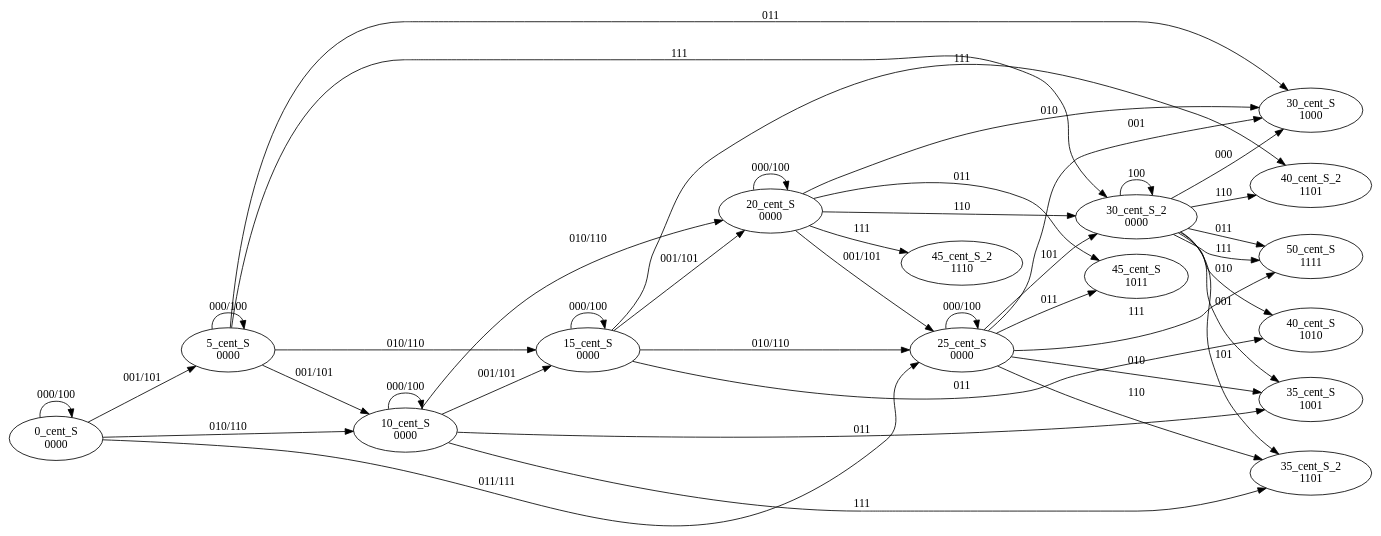
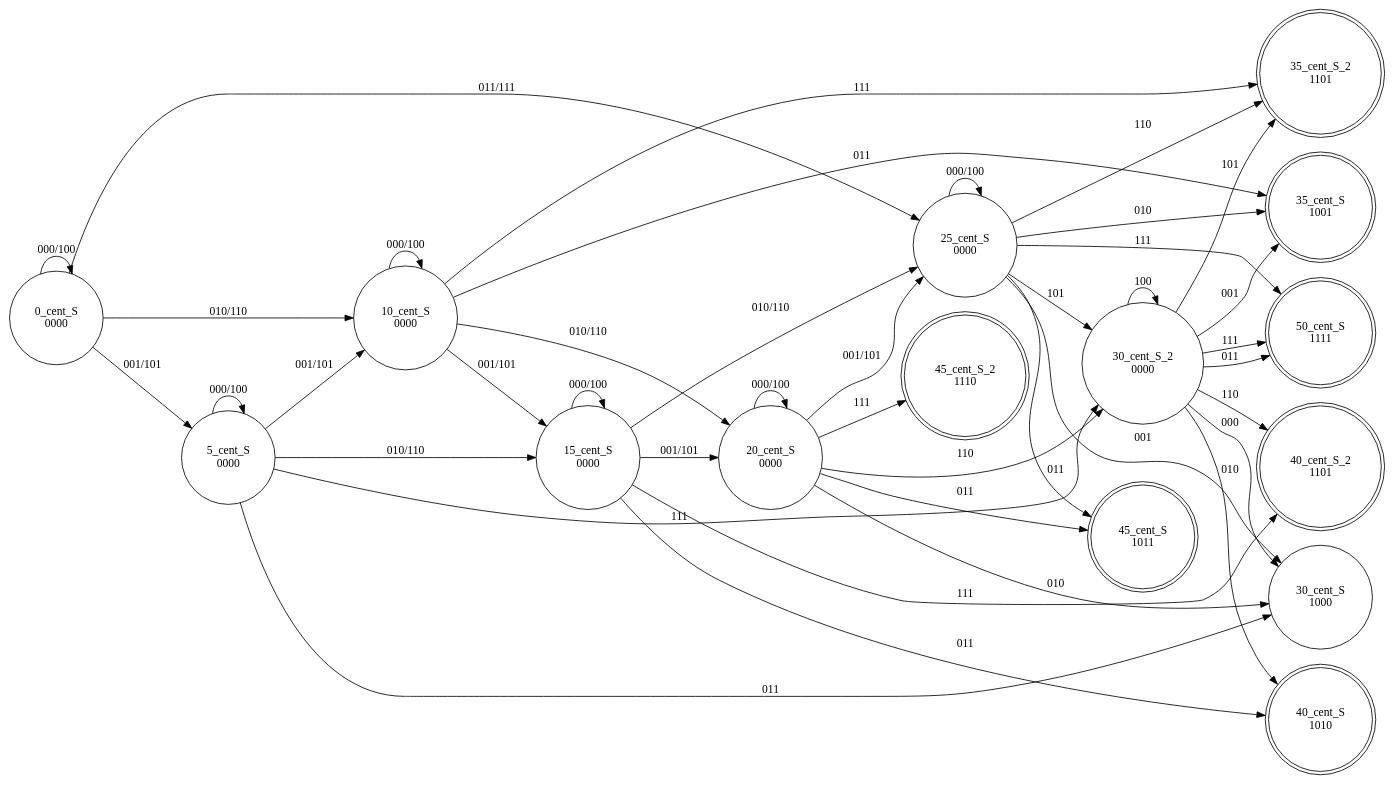
The diagram in out.dot (saqib-ahmed/STG-from-Truth-Table), drawn with Graphviz before and after one commit. The commit also changed 2 other files, not shown here.

Commit message:
Added the circiled shape and double circle for final states.

```diff
--- a/out.dot
+++ b/out.dot
@@ -1,44 +1,46 @@
 digraph g{
 rankdir="LR";
 edge[splines="curved"]
+node [shape = doublecircle]; "35_cent_S_2\n1101" "35_cent_S\n1001" "40_cent_S\n1010" "40_cent_S_2\n1101" "45_cent_S\n1011" "45_cent_S_2\n1110" "50_cent_S\n1111";
+node [shape = circle];
 "0_cent_S\n0000"->"0_cent_S\n0000"[label="000/100"];
 "0_cent_S\n0000"->"5_cent_S\n0000"[label="001/101"];
 "0_cent_S\n0000"->"10_cent_S\n0000"[label="010/110"];
 "0_cent_S\n0000"->"25_cent_S\n0000"[label="011/111"];
 "5_cent_S\n0000"->"5_cent_S\n0000"[label="000/100"];
 "5_cent_S\n0000"->"10_cent_S\n0000"[label="001/101"];
 "5_cent_S\n0000"->"15_cent_S\n0000"[label="010/110"];
 "5_cent_S\n0000"->"30_cent_S\n1000"[label="011"];
 "5_cent_S\n0000"->"30_cent_S_2\n0000"[label="111"];
 "10_cent_S\n0000"->"10_cent_S\n0000"[label="000/100"];
 "10_cent_S\n0000"->"15_cent_S\n0000"[label="001/101"];
 "10_cent_S\n0000"->"20_cent_S\n0000"[label="010/110"];
 "10_cent_S\n0000"->"35_cent_S\n1001"[label="011"];
 "10_cent_S\n0000"->"35_cent_S_2\n1101"[label="111"];
 "15_cent_S\n0000"->"15_cent_S\n0000"[label="000/100"];
 "15_cent_S\n0000"->"20_cent_S\n0000"[label="001/101"];
 "15_cent_S\n0000"->"25_cent_S\n0000"[label="010/110"];
 "15_cent_S\n0000"->"40_cent_S\n1010"[label="011"];
 "15_cent_S\n0000"->"40_cent_S_2\n1101"[label="111"];
 "20_cent_S\n0000"->"20_cent_S\n0000"[label="000/100"];
 "20_cent_S\n0000"->"25_cent_S\n0000"[label="001/101"];
 "20_cent_S\n0000"->"30_cent_S\n1000"[label="010"];
 "20_cent_S\n0000"->"45_cent_S\n1011"[label="011"];
 "20_cent_S\n0000"->"30_cent_S_2\n0000"[label="110"];
 "20_cent_S\n0000"->"45_cent_S_2\n1110"[label="111"];
 "25_cent_S\n0000"->"25_cent_S\n0000"[label="000/100"];
 "25_cent_S\n0000"->"30_cent_S\n1000"[label="001"];
 "25_cent_S\n0000"->"35_cent_S\n1001"[label="010"];
 "25_cent_S\n0000"->"45_cent_S\n1011"[label="011"];
 "25_cent_S\n0000"->"30_cent_S_2\n0000"[label="101"];
 "25_cent_S\n0000"->"35_cent_S_2\n1101"[label="110"];
 "25_cent_S\n0000"->"50_cent_S\n1111"[label="111"];
 "30_cent_S_2\n0000"->"30_cent_S\n1000"[label="000"];
 "30_cent_S_2\n0000"->"35_cent_S\n1001"[label="001"];
 "30_cent_S_2\n0000"->"40_cent_S\n1010"[label="010"];
 "30_cent_S_2\n0000"->"50_cent_S\n1111"[label="011"];
 "30_cent_S_2\n0000"->"30_cent_S_2\n0000"[label="100"];
 "30_cent_S_2\n0000"->"35_cent_S_2\n1101"[label="101"];
 "30_cent_S_2\n0000"->"40_cent_S_2\n1101"[label="110"];
 "30_cent_S_2\n0000"->"50_cent_S\n1111"[label="111"];
 }
```
